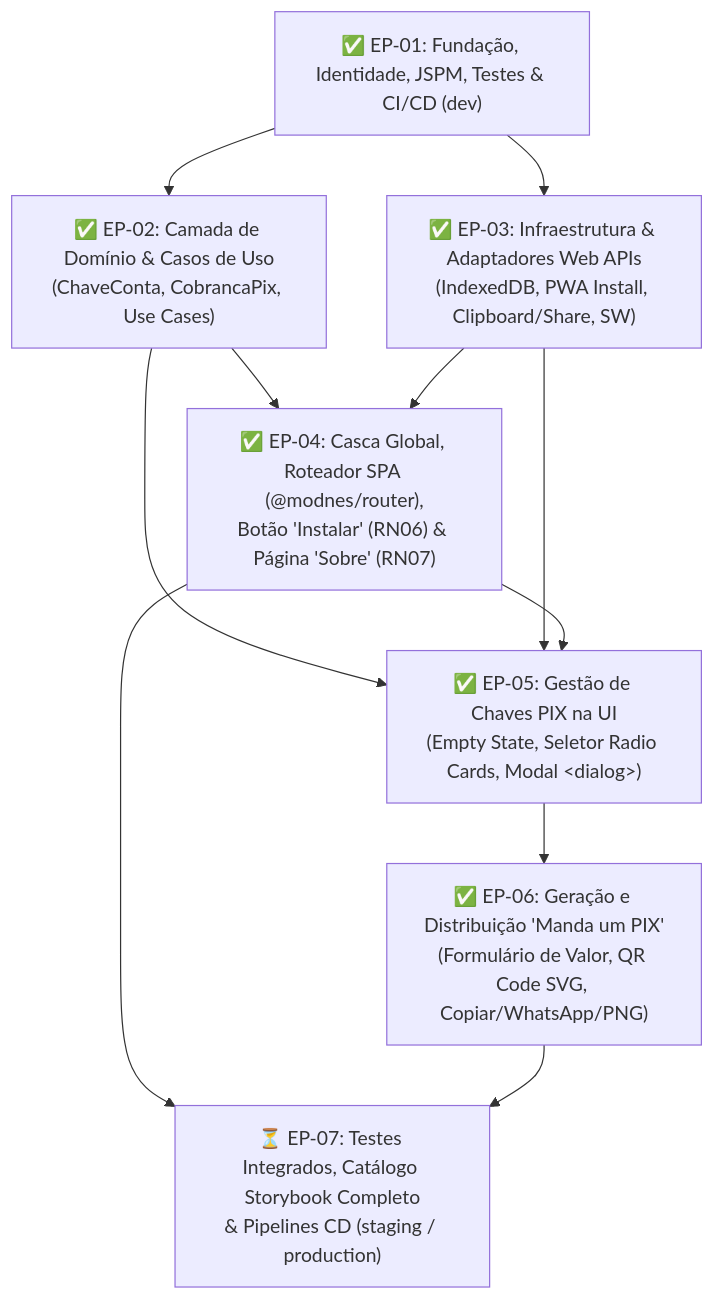
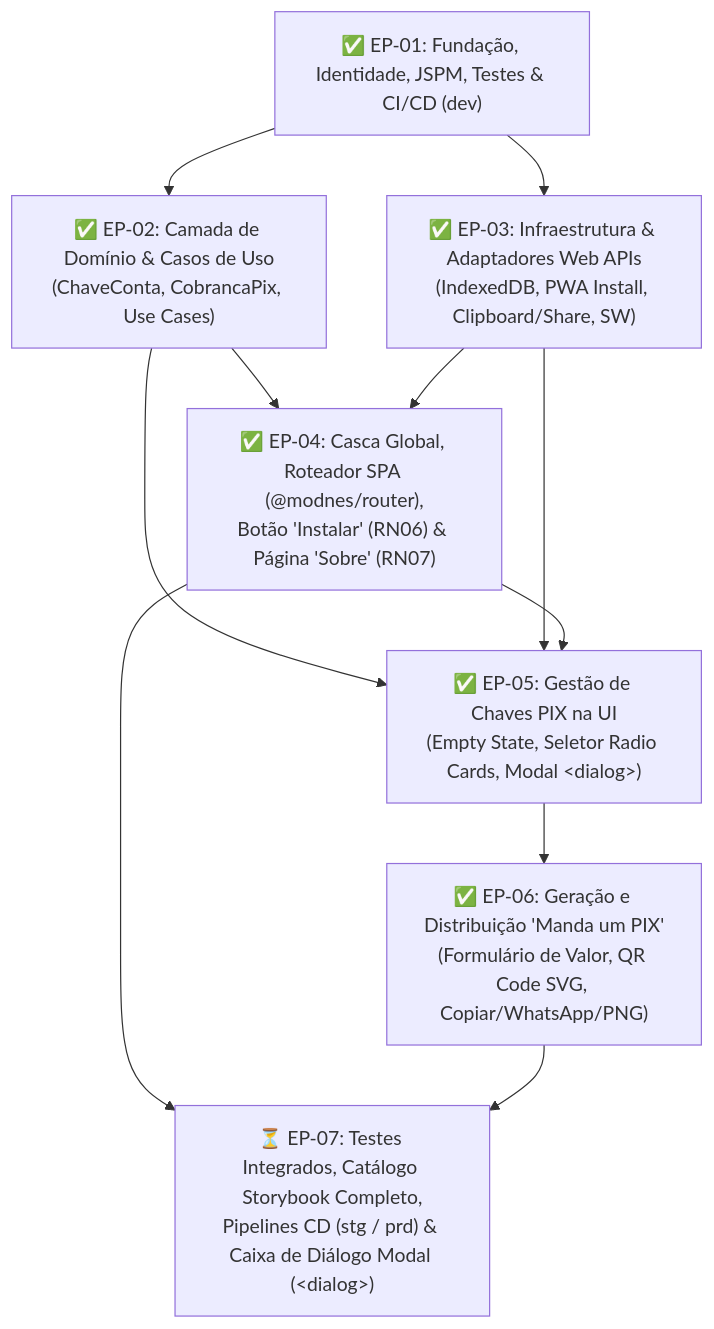
The first of 10 diagrams in docs/business/backlog.md (luizcanet/mandaumpix.app), drawn with Mermaid before and after one commit. The commit also changed other lines of this file and 5 other files, not shown here.

````diff
--- a/docs/business/backlog.md
+++ b/docs/business/backlog.md
@@ -25,18 +25,18 @@
 ```mermaid
 flowchart TD
     EP01["✅ EP-01: Fundação, Identidade, JSPM, Testes & CI/CD (dev)"]
     EP02["✅ EP-02: Camada de Domínio & Casos de Uso<br/>(ChaveConta, CobrancaPix, Use Cases)"]
     EP03["✅ EP-03: Infraestrutura & Adaptadores Web APIs<br/>(IndexedDB, PWA Install, Clipboard/Share, SW)"]
     EP04["✅ EP-04: Casca Global, Roteador SPA (@modnes/router),<br/>Botão 'Instalar' (RN06) & Página 'Sobre' (RN07)"]
     EP05["✅ EP-05: Gestão de Chaves PIX na UI<br/>(Empty State, Seletor Radio Cards, Modal &lt;dialog&gt;)"]
     EP06["✅ EP-06: Geração e Distribuição 'Manda um PIX'<br/>(Formulário de Valor, QR Code SVG, Copiar/WhatsApp/PNG)"]
-    EP07["⏳ EP-07: Testes Integrados, Catálogo Storybook Completo<br/>& Pipelines CD (staging / production)"]
+    EP07["⏳ EP-07: Testes Integrados, Catálogo Storybook Completo,<br/>Pipelines CD (stg / prd) & Caixa de Diálogo Modal (&lt;dialog&gt;)"]
 
     EP01 --> EP02
     EP01 --> EP03
     EP02 --> EP04
     EP03 --> EP04
     EP02 & EP03 & EP04 --> EP05
     EP05 --> EP06
     EP04 & EP06 --> EP07
 ```
````
